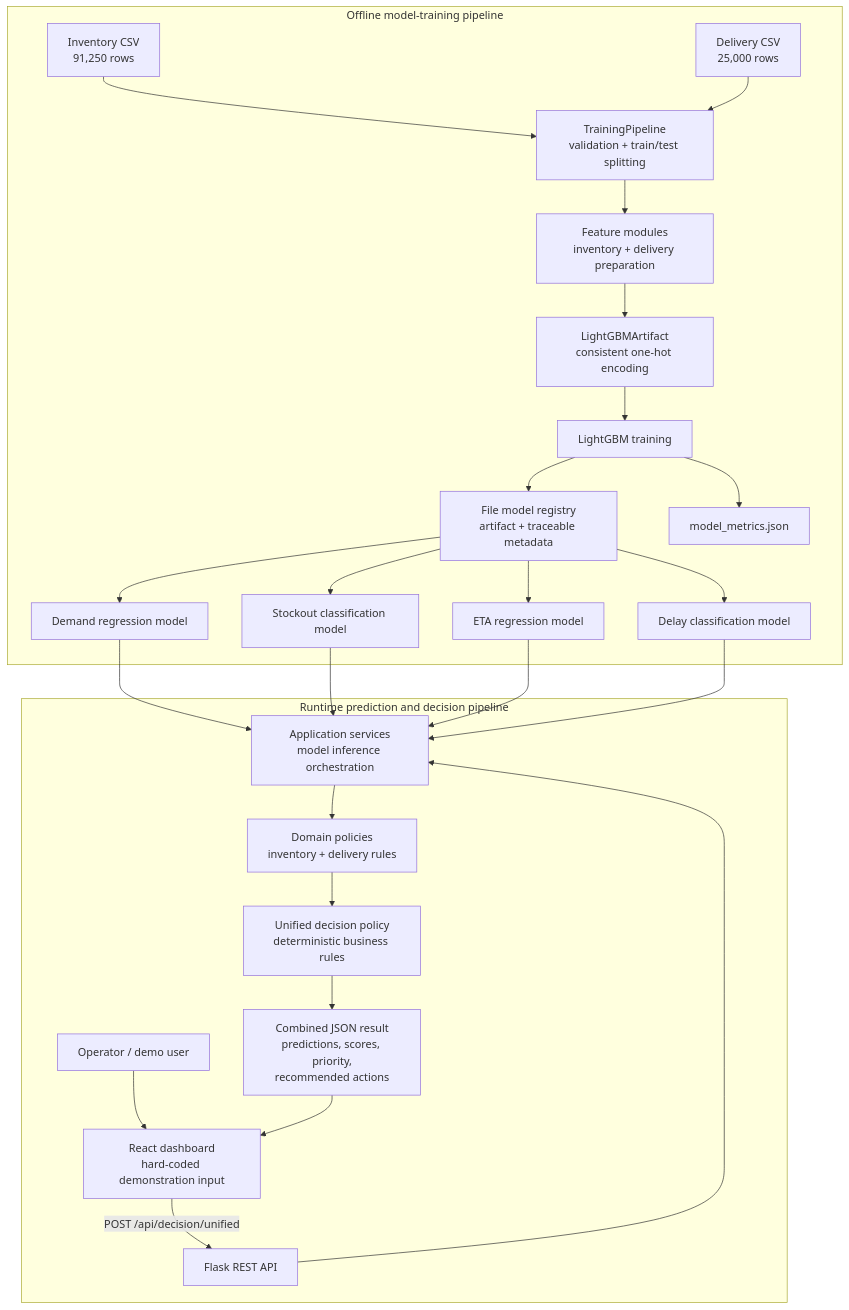
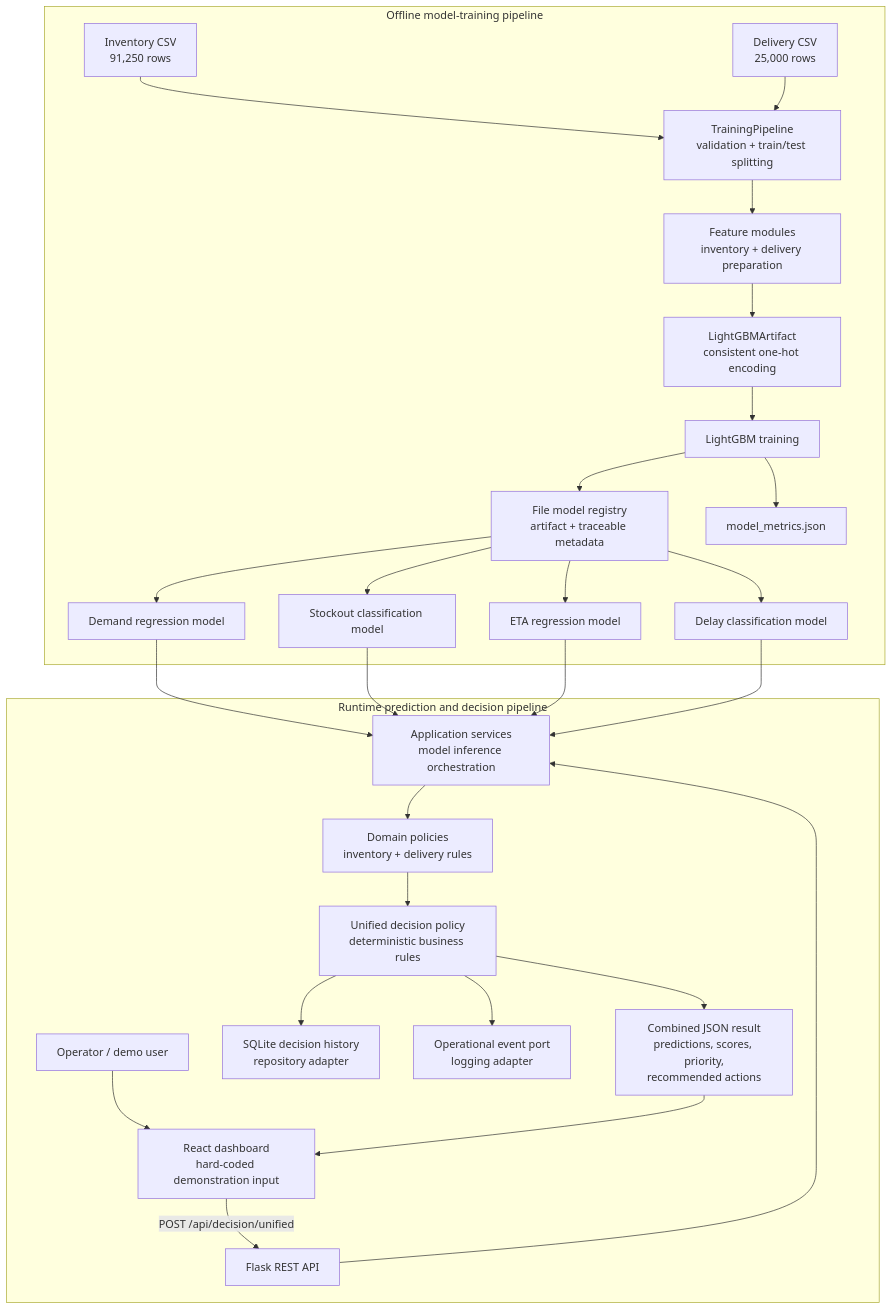
Before and after one commit to Hariharann2004/AI-based-Unified-Inventory-and-Last-Mile-Delivery-Intelligence-Platform-for-Quick-Commerce: the first of 2 diagrams in README.md, drawn with Mermaid. The commit also changed other lines of this file and 14 other files, not shown here.

````diff
--- a/README.md
+++ b/README.md
@@ -60,49 +59,53 @@
 ```mermaid
 flowchart TB
     subgraph Training["Offline model-training pipeline"]
         ICSV["Inventory CSV<br/>91,250 rows"]
         DCSV["Delivery CSV<br/>25,000 rows"]
         TRAIN["TrainingPipeline<br/>validation + train/test splitting"]
         FEATURES["Feature modules<br/>inventory + delivery preparation"]
         ENCODE["LightGBMArtifact<br/>consistent one-hot encoding"]
         LGBM["LightGBM training"]
         REGISTRY["File model registry<br/>artifact + traceable metadata"]
         DM["Demand regression model"]
         SM["Stockout classification model"]
         EM["ETA regression model"]
         LM["Delay classification model"]
         METRICS["model_metrics.json"]
 
         ICSV --> TRAIN
         DCSV --> TRAIN
         TRAIN --> FEATURES --> ENCODE --> LGBM
         LGBM --> REGISTRY
         REGISTRY --> DM
         REGISTRY --> SM
         REGISTRY --> EM
         REGISTRY --> LM
         LGBM --> METRICS
     end
 
     subgraph Runtime["Runtime prediction and decision pipeline"]
         USER["Operator / demo user"]
         REACT["React dashboard<br/>hard-coded demonstration input"]
         API["Flask REST API"]
         APP["Application services<br/>model inference orchestration"]
         DOMAIN["Domain policies<br/>inventory + delivery rules"]
         RULES["Unified decision policy<br/>deterministic business rules"]
+        DB["SQLite decision history<br/>repository adapter"]
+        EVENTS["Operational event port<br/>logging adapter"]
         RESPONSE["Combined JSON result<br/>predictions, scores, priority,<br/>recommended actions"]
 
         USER --> REACT
         REACT -->|"POST /api/decision/unified"| API
         API --> APP
         DM --> APP
         SM --> APP
         EM --> APP
         LM --> APP
         APP --> DOMAIN
         DOMAIN --> RULES
+        RULES --> DB
+        RULES --> EVENTS
         RULES --> RESPONSE
         RESPONSE --> REACT
     end
 ```
````
